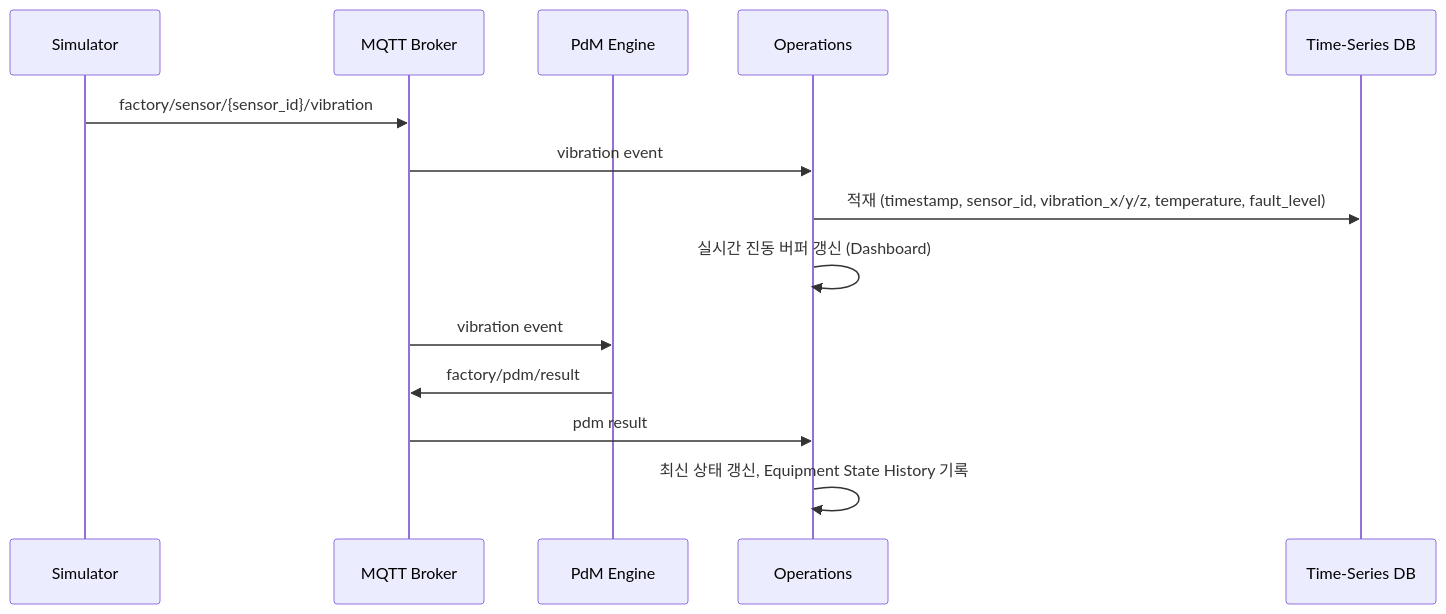
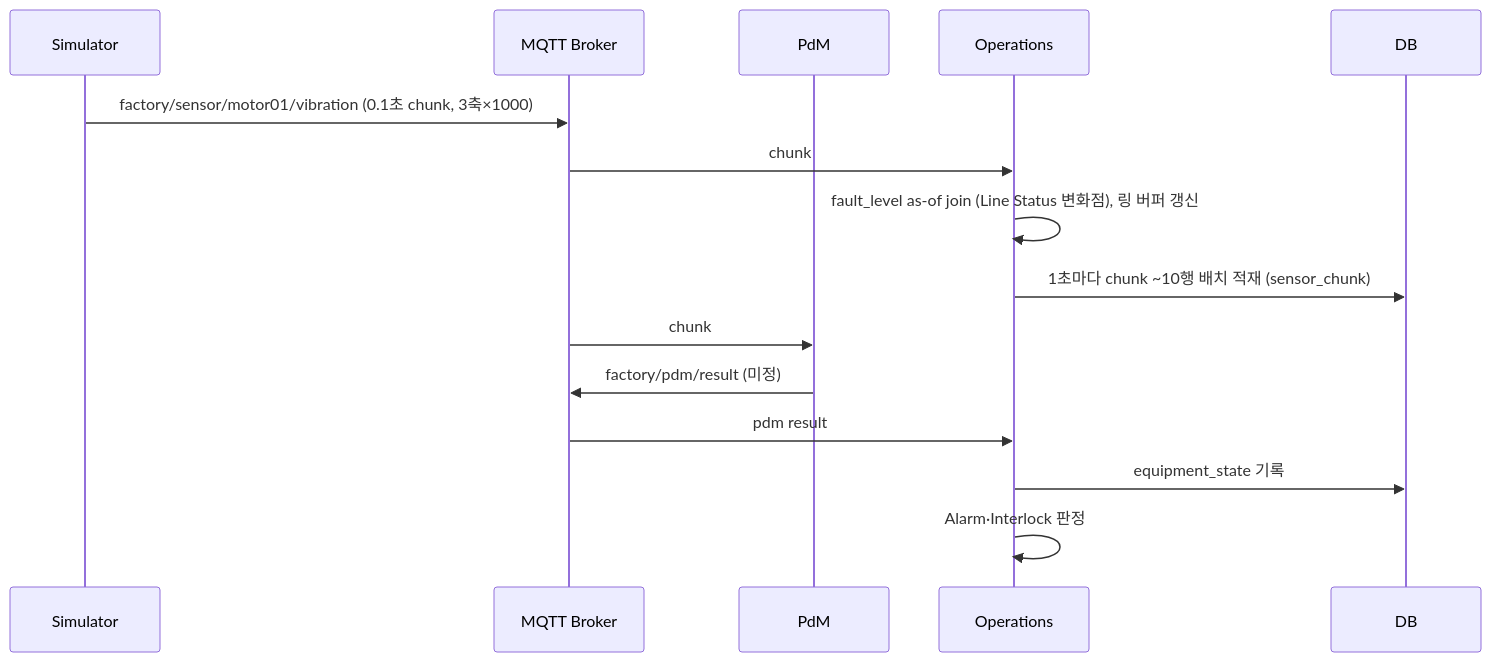
The third of 5 diagrams in docs/ARCHITECTURE.md (dltndn-personal-project/smart-factory-operations), drawn with Mermaid before and after one commit. The commit also changed other lines of this file, not shown here.

````diff
--- a/docs/ARCHITECTURE.md
+++ b/docs/ARCHITECTURE.md
@@ -203,17 +181,18 @@
 ```mermaid
 sequenceDiagram
     participant SIM as Simulator
     participant B as MQTT Broker
-    participant PDM as PdM Engine
+    participant PDM as PdM
     participant OPS as Operations
-    participant TS as Time-Series DB
+    participant DB as DB
 
-    SIM->>B: factory/sensor/{sensor_id}/vibration
-    B->>OPS: vibration event
-    OPS->>TS: 적재 (timestamp, sensor_id, vibration_x/y/z, temperature, fault_level)
-    OPS->>OPS: 실시간 진동 버퍼 갱신 (Dashboard)
-    B->>PDM: vibration event
-    PDM->>B: factory/pdm/result
+    SIM->>B: factory/sensor/motor01/vibration (0.1초 chunk, 3축×1000)
+    B->>OPS: chunk
+    OPS->>OPS: fault_level as-of join (Line Status 변화점), 링 버퍼 갱신
+    OPS->>DB: 1초마다 chunk ~10행 배치 적재 (sensor_chunk)
+    B->>PDM: chunk
+    PDM->>B: factory/pdm/result (미정)
     B->>OPS: pdm result
-    OPS->>OPS: 최신 상태 갱신, Equipment State History 기록
+    OPS->>DB: equipment_state 기록
+    OPS->>OPS: Alarm·Interlock 판정
 ```
````
